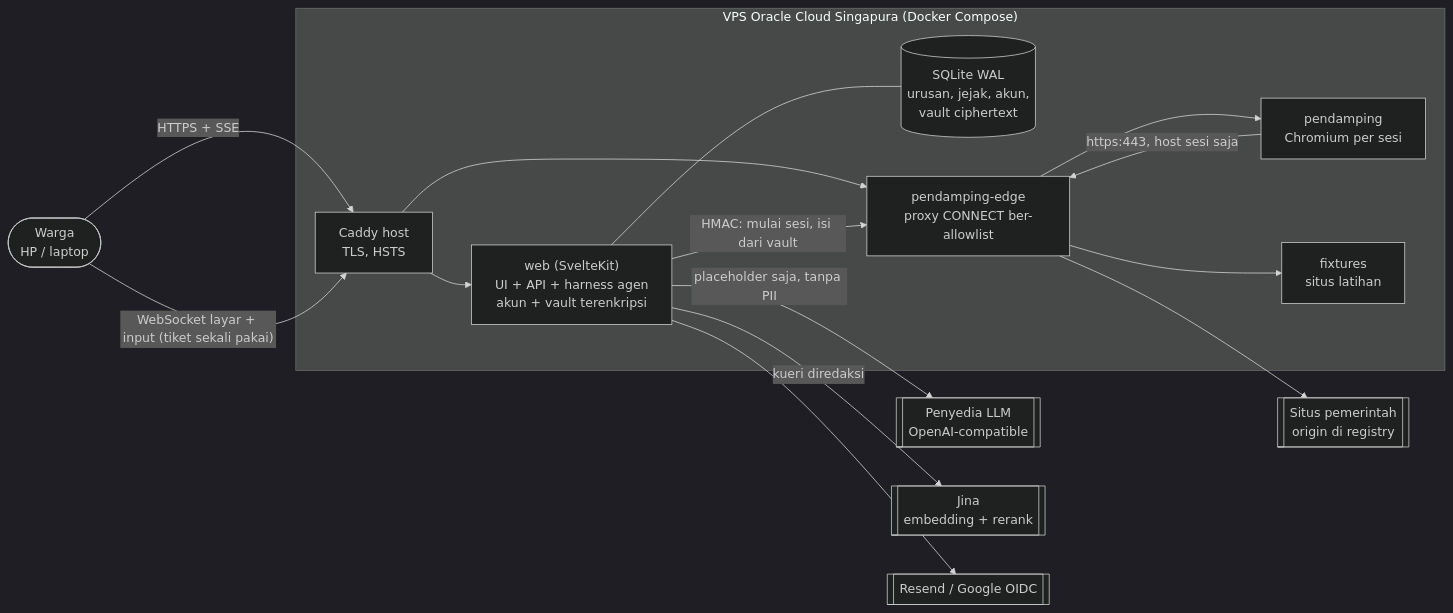
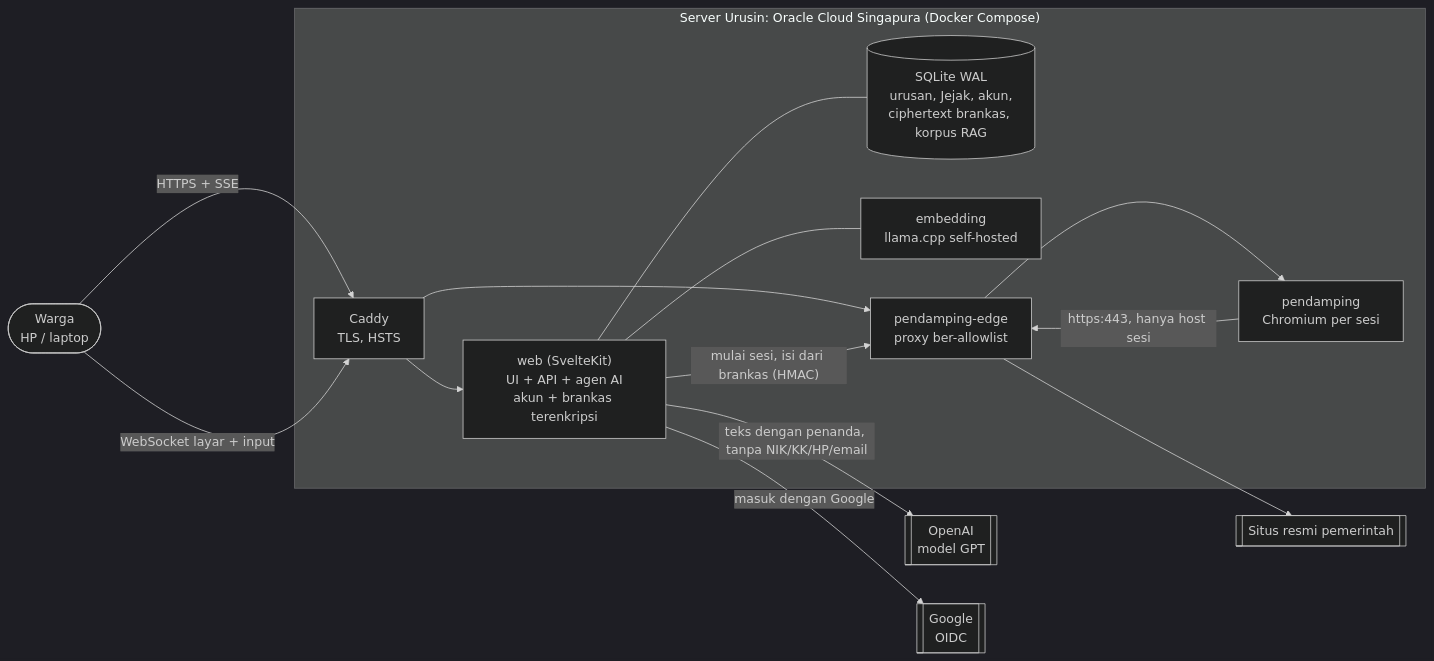
The diagram in README.md (bynguts/urusin), drawn with Mermaid (dark theme) before and after one commit. The commit also changed other lines of this file, not shown here.

````diff
--- a/README.md
+++ b/README.md
@@ -137,26 +144,24 @@
 ```mermaid
 flowchart LR
-  W([Warga<br/>HP / laptop])
-  subgraph VPS["VPS Oracle Cloud Singapura (Docker Compose)"]
-    C[Caddy host<br/>TLS, HSTS]
-    WEB["web (SvelteKit)<br/>UI + API + harness agen<br/>akun + vault terenkripsi"]
-    DB[(SQLite WAL<br/>urusan, jejak, akun,<br/>vault ciphertext)]
+  W(["Warga<br/>HP / laptop"])
+  subgraph VPS["Server Urusin: Oracle Cloud Singapura (Docker Compose)"]
+    C["Caddy<br/>TLS, HSTS"]
+    WEB["web (SvelteKit)<br/>UI + API + agen AI<br/>akun + brankas terenkripsi"]
+    DB[("SQLite WAL<br/>urusan, Jejak, akun,<br/>ciphertext brankas, korpus RAG")]
+    EMB["embedding<br/>llama.cpp self-hosted"]
+    EDGE["pendamping-edge<br/>proxy ber-allowlist"]
     PD["pendamping<br/>Chromium per sesi"]
-    EDGE["pendamping-edge<br/>proxy CONNECT ber-allowlist"]
-    FX["fixtures<br/>situs latihan"]
   end
-  LLM[[Penyedia LLM<br/>OpenAI-compatible]]
-  JINA[[Jina<br/>embedding + rerank]]
-  GOV[[Situs pemerintah<br/>origin di registry]]
-  RES[[Resend / Google OIDC]]
+  LLM[["OpenAI<br/>model GPT"]]
+  GOOG[["Google<br/>OIDC"]]
+  GOV[["Situs resmi pemerintah"]]
 
   W -- "HTTPS + SSE" --> C --> WEB
-  W -- "WebSocket layar + input (tiket sekali pakai)" --> C --> EDGE --> PD
+  W -- "WebSocket layar + input" --> C --> EDGE --> PD
   WEB --- DB
-  WEB -- "HMAC: mulai sesi, isi dari vault" --> EDGE
-  WEB -- "placeholder saja, tanpa PII" --> LLM
-  WEB -- "kueri diredaksi" --> JINA
-  WEB --> RES
-  PD -- "https:443, host sesi saja" --> EDGE --> GOV
-  EDGE --> FX
+  WEB --- EMB
+  WEB -- "teks dengan penanda, tanpa NIK/KK/HP/email" --> LLM
+  WEB -- "masuk dengan Google" --> GOOG
+  WEB -- "mulai sesi, isi dari brankas (HMAC)" --> EDGE
+  PD -- "https:443, hanya host sesi" --> EDGE --> GOV
 ```
````
